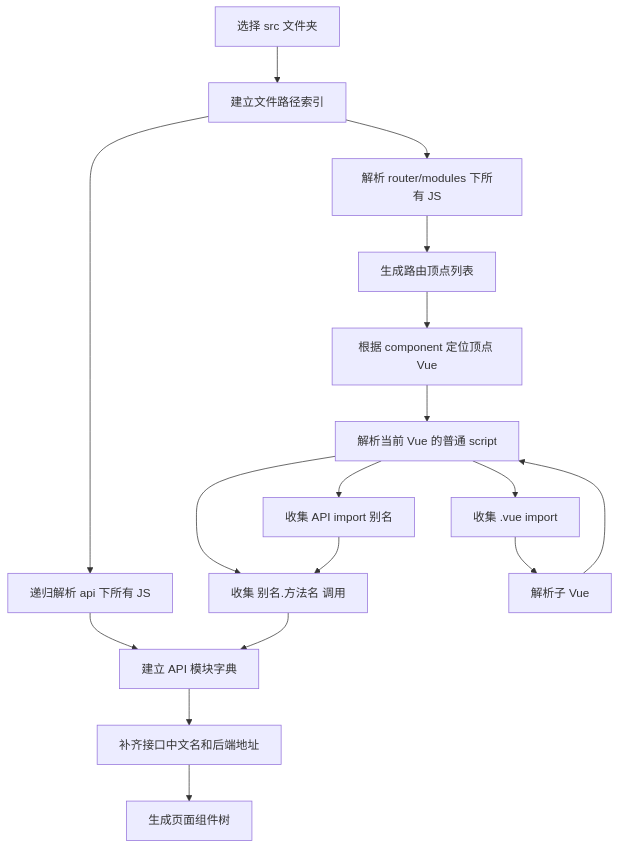
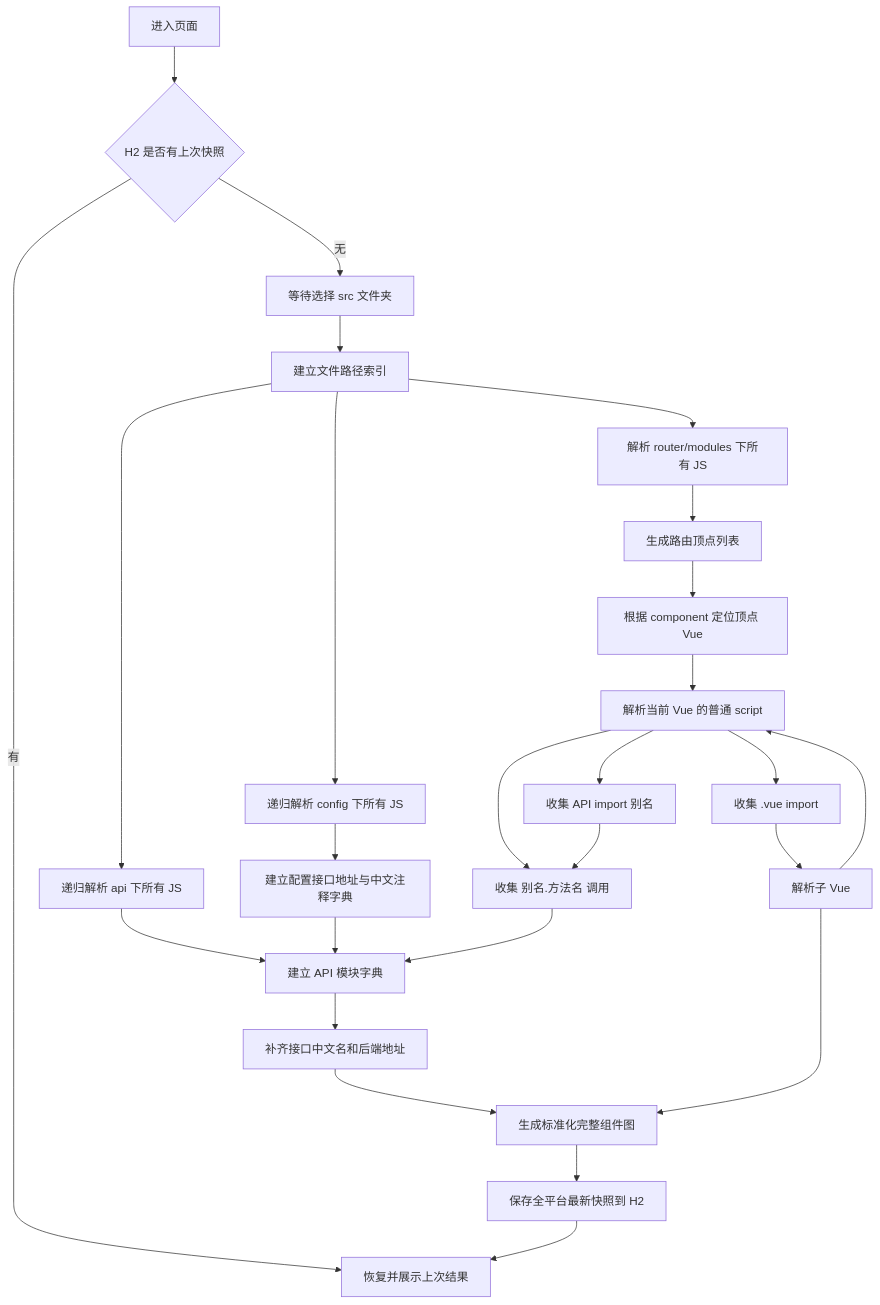
Before and after one commit to 15513546321/tool-manager: the second of 3 diagrams in .trae/masiyaDoc/eibs3gApiDesign.md, drawn with Mermaid. The commit also changed other lines of this file and 17 other files, not shown here.

````diff
--- a/.trae/masiyaDoc/eibs3gApiDesign.md
+++ b/.trae/masiyaDoc/eibs3gApiDesign.md
@@ -298,19 +338,28 @@
 ```mermaid
 flowchart TD
-    A[选择 src 文件夹] --> B[建立文件路径索引]
+    Z[进入页面] --> Z1{H2 是否有上次快照}
+    Z1 -->|有| L[恢复并展示上次结果]
+    Z1 -->|无| A[等待选择 src 文件夹]
+    A --> B[建立文件路径索引]
+    B --> B1[递归解析 config 下所有 JS]
+    B1 --> B2[建立配置接口地址与中文注释字典]
     B --> C[递归解析 api 下所有 JS]
     C --> C1[建立 API 模块字典]
+    B2 --> C1
     B --> D[解析 router/modules 下所有 JS]
     D --> D1[生成路由顶点列表]
     D1 --> E[根据 component 定位顶点 Vue]
     E --> F[解析当前 Vue 的普通 script]
     F --> G[收集 API import 别名]
     F --> H[收集 别名.方法名 调用]
     F --> I[收集 .vue import]
     G --> H
     H --> C1
     C1 --> J[补齐接口中文名和后端地址]
     I --> K[解析子 Vue]
     K --> F
-    J --> L[生成页面组件树]
+    J --> M[生成标准化完整组件图]
+    K --> M
+    M --> N[保存全平台最新快照到 H2]
+    N --> L
 ```
````
